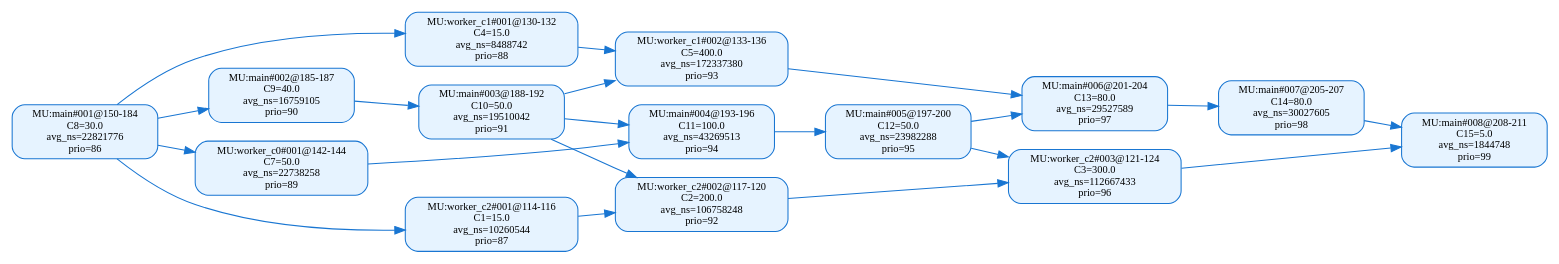
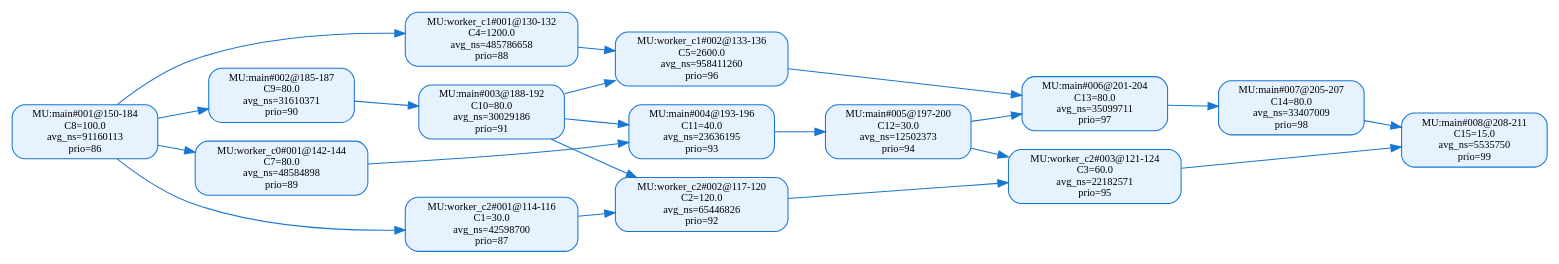
One commit to RTS-SYSU/DAG-Gen changed the diagram in 中间结果/zhang2/pipeline/validation/level2/effective_line_merge/t_level/dag_seg_annotated_value.dot. Above: the diagram before and after it, drawn with Graphviz. The commit also changed 3421 other files, not shown here.

```diff
--- a/中间结果/zhang2/pipeline/validation/level2/effective_line_merge/t_level/dag_seg_annotated_value.dot
+++ b/中间结果/zhang2/pipeline/validation/level2/effective_line_merge/t_level/dag_seg_annotated_value.dot
@@ -1,38 +1,38 @@
 digraph dag_seg_annotated_value {
   rankdir=LR;
   node [shape=box, style="rounded,filled", fillcolor="#E6F3FF", color="#1976D2", fontsize=10];
   edge [color="#1976D2"];
-  "MU:main#001@150-184" [label="MU:main#001@150-184\nC8=30.0\navg_ns=22821776\nprio=86"];
-  "MU:main#002@185-187" [label="MU:main#002@185-187\nC9=40.0\navg_ns=16759105\nprio=90"];
-  "MU:main#003@188-192" [label="MU:main#003@188-192\nC10=50.0\navg_ns=19510042\nprio=91"];
-  "MU:main#004@193-196" [label="MU:main#004@193-196\nC11=100.0\navg_ns=43269513\nprio=94"];
-  "MU:main#005@197-200" [label="MU:main#005@197-200\nC12=50.0\navg_ns=23982288\nprio=95"];
-  "MU:main#006@201-204" [label="MU:main#006@201-204\nC13=80.0\navg_ns=29527589\nprio=97"];
-  "MU:main#007@205-207" [label="MU:main#007@205-207\nC14=80.0\navg_ns=30027605\nprio=98"];
-  "MU:main#008@208-211" [label="MU:main#008@208-211\nC15=5.0\navg_ns=1844748\nprio=99"];
-  "MU:worker_c0#001@142-144" [label="MU:worker_c0#001@142-144\nC7=50.0\navg_ns=22738258\nprio=89"];
-  "MU:worker_c1#001@130-132" [label="MU:worker_c1#001@130-132\nC4=15.0\navg_ns=8488742\nprio=88"];
-  "MU:worker_c1#002@133-136" [label="MU:worker_c1#002@133-136\nC5=400.0\navg_ns=172337380\nprio=93"];
-  "MU:worker_c2#001@114-116" [label="MU:worker_c2#001@114-116\nC1=15.0\navg_ns=10260544\nprio=87"];
-  "MU:worker_c2#002@117-120" [label="MU:worker_c2#002@117-120\nC2=200.0\navg_ns=106758248\nprio=92"];
-  "MU:worker_c2#003@121-124" [label="MU:worker_c2#003@121-124\nC3=300.0\navg_ns=112667433\nprio=96"];
+  "MU:main#001@150-184" [label="MU:main#001@150-184\nC8=100.0\navg_ns=91160113\nprio=86"];
+  "MU:main#002@185-187" [label="MU:main#002@185-187\nC9=80.0\navg_ns=31610371\nprio=90"];
+  "MU:main#003@188-192" [label="MU:main#003@188-192\nC10=80.0\navg_ns=30029186\nprio=91"];
+  "MU:main#004@193-196" [label="MU:main#004@193-196\nC11=40.0\navg_ns=23636195\nprio=93"];
+  "MU:main#005@197-200" [label="MU:main#005@197-200\nC12=30.0\navg_ns=12502373\nprio=94"];
+  "MU:main#006@201-204" [label="MU:main#006@201-204\nC13=80.0\navg_ns=35099711\nprio=97"];
+  "MU:main#007@205-207" [label="MU:main#007@205-207\nC14=80.0\navg_ns=33407009\nprio=98"];
+  "MU:main#008@208-211" [label="MU:main#008@208-211\nC15=15.0\navg_ns=5535750\nprio=99"];
+  "MU:worker_c0#001@142-144" [label="MU:worker_c0#001@142-144\nC7=80.0\navg_ns=48584898\nprio=89"];
+  "MU:worker_c1#001@130-132" [label="MU:worker_c1#001@130-132\nC4=1200.0\navg_ns=485786658\nprio=88"];
+  "MU:worker_c1#002@133-136" [label="MU:worker_c1#002@133-136\nC5=2600.0\navg_ns=958411260\nprio=96"];
+  "MU:worker_c2#001@114-116" [label="MU:worker_c2#001@114-116\nC1=30.0\navg_ns=42598700\nprio=87"];
+  "MU:worker_c2#002@117-120" [label="MU:worker_c2#002@117-120\nC2=120.0\navg_ns=65446826\nprio=92"];
+  "MU:worker_c2#003@121-124" [label="MU:worker_c2#003@121-124\nC3=60.0\navg_ns=22182571\nprio=95"];
   "MU:worker_c2#001@114-116" -> "MU:worker_c2#002@117-120";
   "MU:worker_c2#002@117-120" -> "MU:worker_c2#003@121-124";
   "MU:worker_c1#001@130-132" -> "MU:worker_c1#002@133-136";
   "MU:main#001@150-184" -> "MU:main#002@185-187";
   "MU:main#002@185-187" -> "MU:main#003@188-192";
   "MU:main#003@188-192" -> "MU:main#004@193-196";
   "MU:main#004@193-196" -> "MU:main#005@197-200";
   "MU:main#005@197-200" -> "MU:main#006@201-204";
   "MU:main#006@201-204" -> "MU:main#007@205-207";
   "MU:main#007@205-207" -> "MU:main#008@208-211";
   "MU:main#001@150-184" -> "MU:worker_c0#001@142-144";
   "MU:main#001@150-184" -> "MU:worker_c1#001@130-132";
   "MU:main#001@150-184" -> "MU:worker_c2#001@114-116";
   "MU:worker_c0#001@142-144" -> "MU:main#004@193-196";
   "MU:worker_c1#002@133-136" -> "MU:main#006@201-204";
   "MU:worker_c2#003@121-124" -> "MU:main#008@208-211";
   "MU:main#003@188-192" -> "MU:worker_c2#002@117-120";
   "MU:main#005@197-200" -> "MU:worker_c2#003@121-124";
   "MU:main#003@188-192" -> "MU:worker_c1#002@133-136";
 }
```
